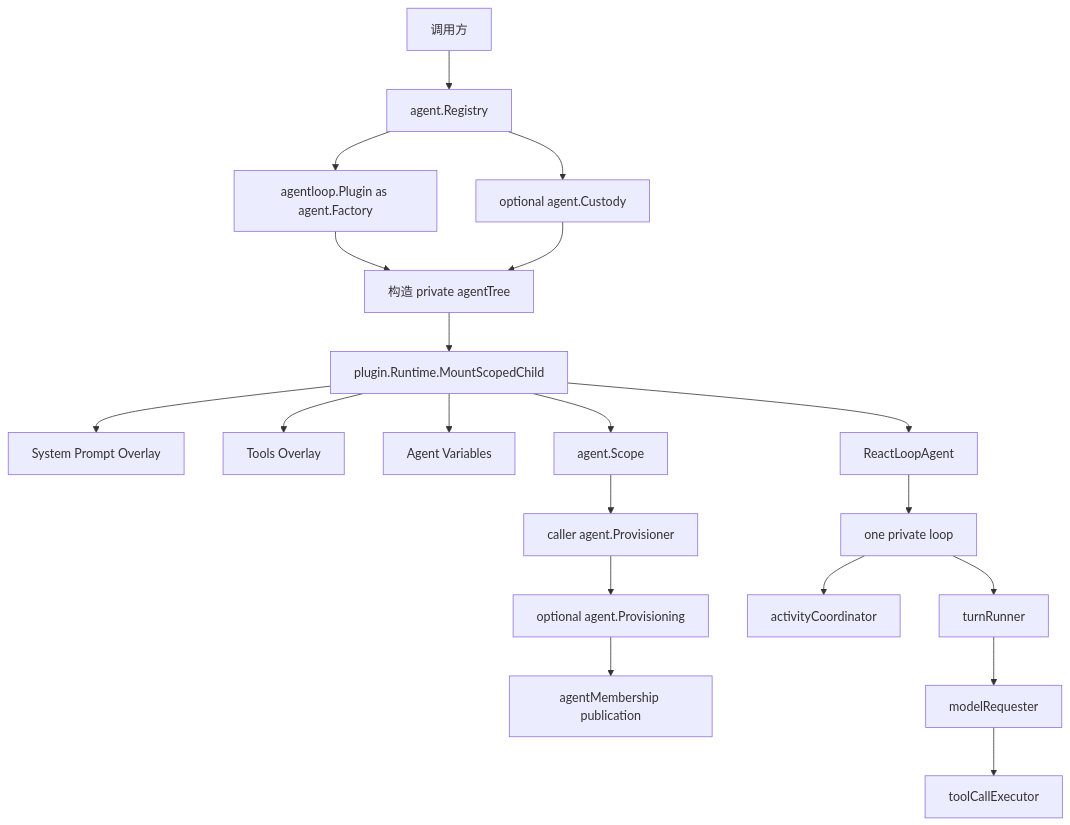
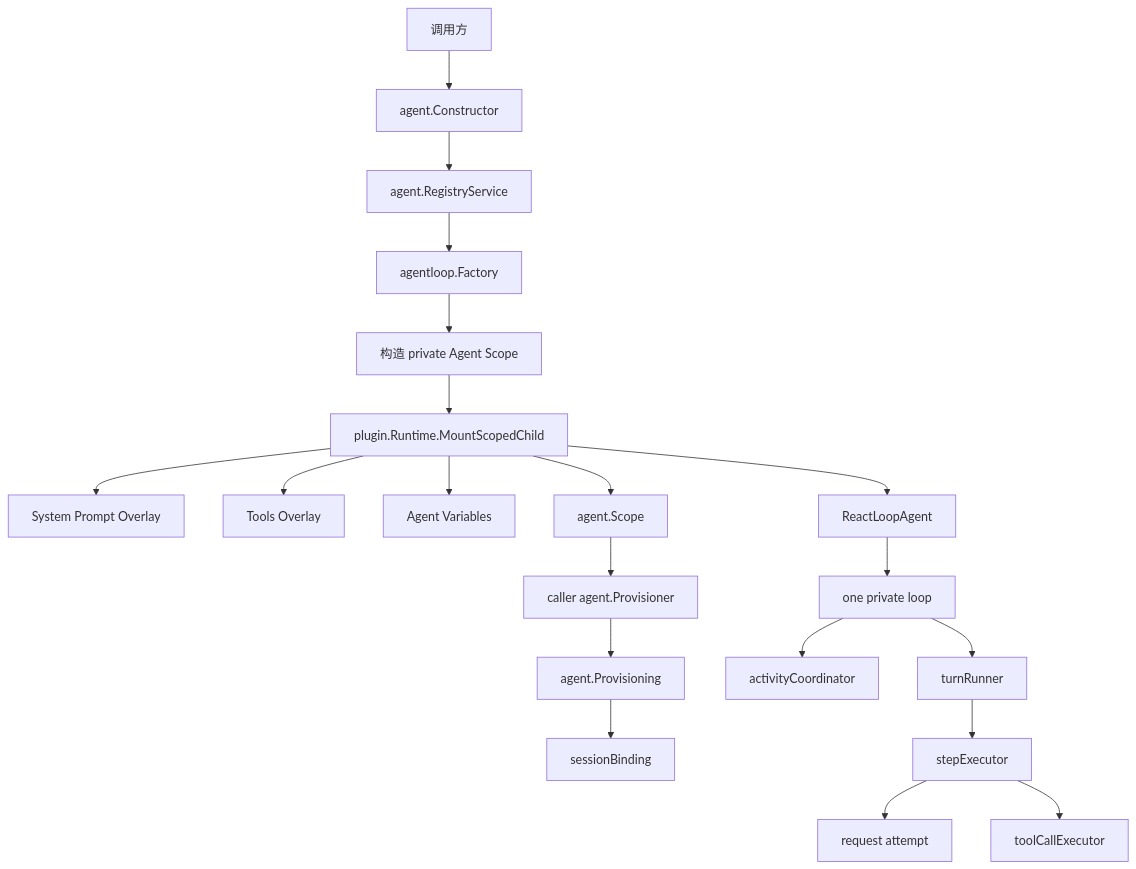
The first of 2 diagrams in agentloop/README.zh-CN.md (gorenx/goren), drawn with Mermaid before and after one commit. The commit also changed other lines of this file and 1 other file, not shown here.

Commit message:
docs(agent): align scoped plugin and loop ownership

````diff
--- a/agentloop/README.zh-CN.md
+++ b/agentloop/README.zh-CN.md
@@ -31,22 +33,22 @@
 ```mermaid
 flowchart TD
-    API[调用方] --> Registry[agent.Registry]
-    Registry --> Root[agentloop.Plugin as agent.Factory]
-    Root --> Build[构造 private agentTree]
-    Registry --> Custody[optional agent.Custody]
-    Custody --> Build
+    API[调用方] --> Constructor[agent.Constructor]
+    Constructor --> Registry[agent.RegistryService]
+    Registry --> Factory[agentloop.Factory]
+    Factory --> Build[构造 private Agent Scope]
     Build --> Runtime[plugin.Runtime.MountScopedChild]
     Runtime --> Prompt[System Prompt Overlay]
     Runtime --> Tools[Tools Overlay]
     Runtime --> Vars[Agent Variables]
     Runtime --> Agent[ReactLoopAgent]
     Runtime --> Scope[agent.Scope]
     Scope --> Provisioner[caller agent.Provisioner]
-    Provisioner --> Provisioning[optional agent.Provisioning]
-    Provisioning --> Membership[agentMembership publication]
+    Provisioner --> Provisioning[agent.Provisioning]
+    Provisioning --> SessionBinding[sessionBinding]
     Agent --> Loop[one private loop]
     Loop --> Activity[activityCoordinator]
     Loop --> Turn[turnRunner]
-    Turn --> Request[modelRequester]
-    Request --> Calls[toolCallExecutor]
+    Turn --> Step[stepExecutor]
+    Step --> Request[request attempt]
+    Step --> Calls[toolCallExecutor]
 ```
````
